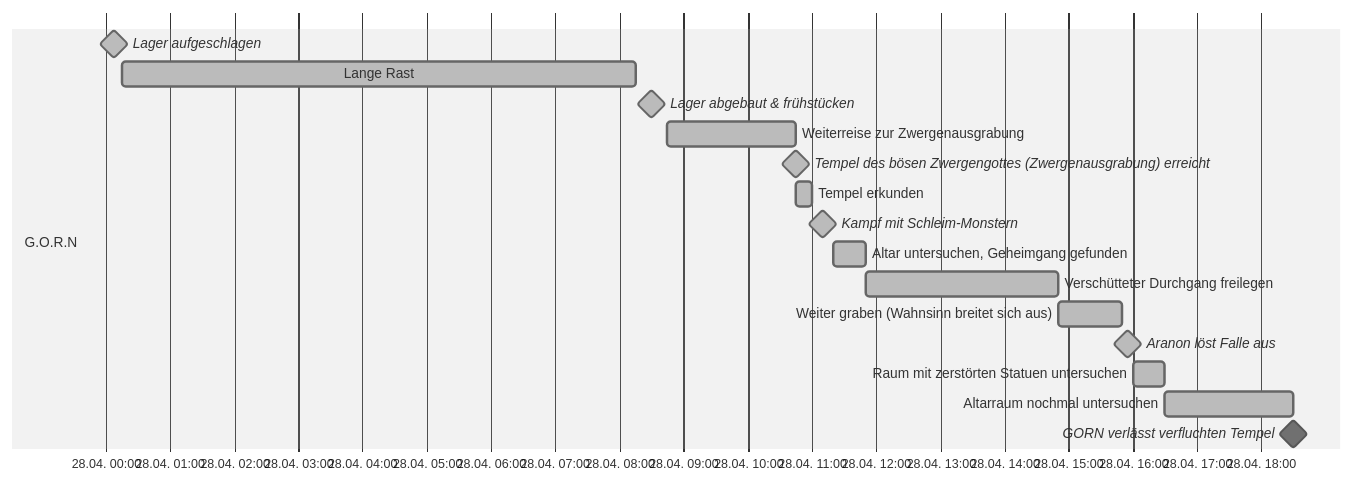
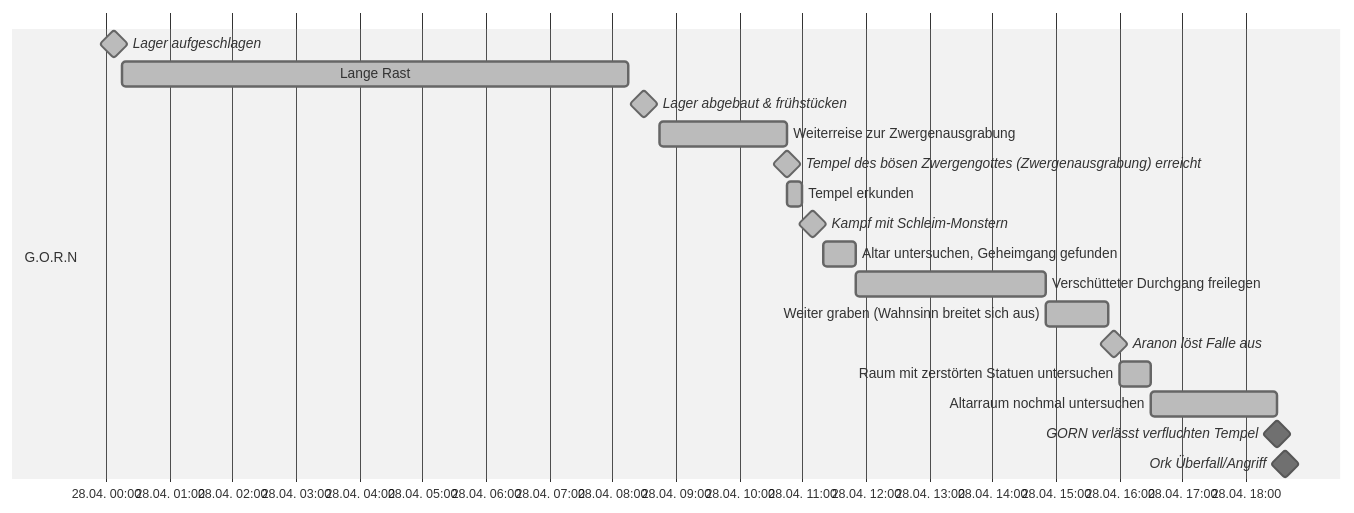
One commit to LorenJaffrey/DnD_PFT changed the fifth of 13 diagrams in Kampagne/Timeline Kampagne 2.md. Above: the diagram before and after it, drawn with Mermaid (neutral theme). The commit also changed other lines of this file, not shown here.

Commit message:
Timeline aktualisiert

````diff
--- a/Kampagne/Timeline Kampagne 2.md
+++ b/Kampagne/Timeline Kampagne 2.md
@@ -72,22 +72,23 @@
 ```mermaid
 gantt
 	dateFormat HH:mm
 	axisFormat %e.%m. %H:%M
 	tickinterval 1hour
 	weekday sunday
 	section G.O.R.N
 		Lager aufgeschlagen: done, milestone, a1, 2024-04-28 00:00, 15m
 		Lange Rast: done, a2, after a1, 8h
 		Lager abgebaut & frühstücken: done, milestone, a3, after a2, 30m
 		Weiterreise zur Zwergenausgrabung: done, a4, after a3, 2h
 		Tempel des bösen Zwergengottes (Zwergenausgrabung) erreicht: done, milestone, a5, after a4, 0m
 		Tempel erkunden: done, a6, after a5, 15m
 		Kampf mit Schleim-Monstern: done, milestone, a7, after a6, 20m
 		Altar untersuchen, Geheimgang gefunden: done, a8, after a7, 30m
 		Verschütteter Durchgang freilegen: done, a9, after a8, 3h
 		Weiter graben (Wahnsinn breitet sich aus): done, a10, after a9, 1h
 		Aranon löst Falle aus: done, milestone, a11, after a10, 10m
 		Raum mit zerstörten Statuen untersuchen: done, a12, after a11, 30m
 		Altarraum nochmal untersuchen: done, a13, after a12, 2h
-		GORN verlässt verfluchten Tempel: milestone, a14, after a13, 0m		
+		GORN verlässt verfluchten Tempel: milestone, a14, after a13, 0m
+		Ork Überfall/Angriff: milestone, a15, after a14, 15m		
 ```
````
